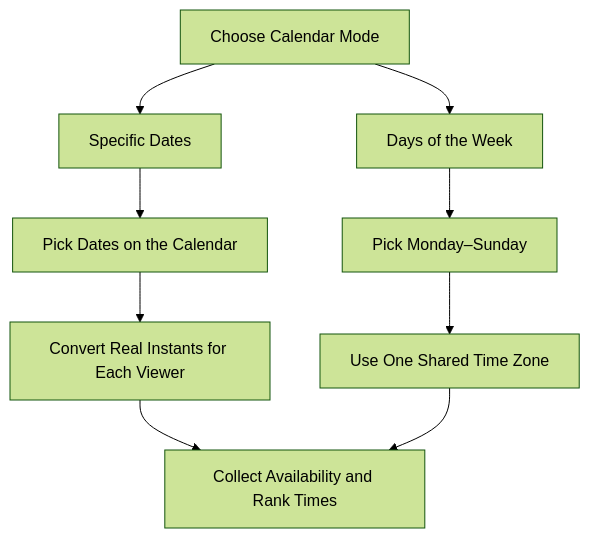
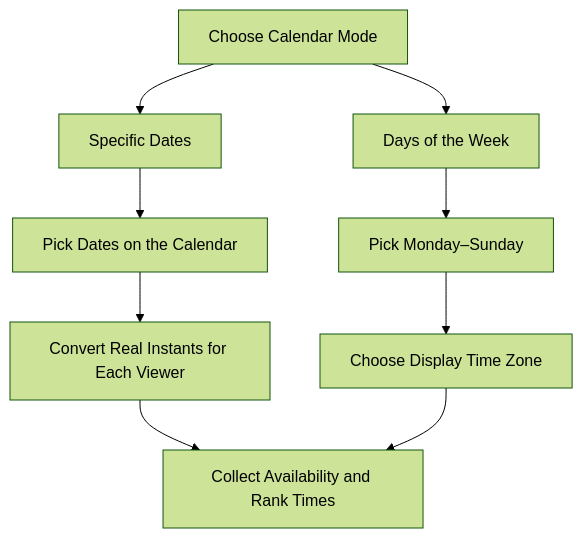
Before and after one commit to jimmy181211/whenkin: the fifth of 5 diagrams in docs/flowchart.md, drawn with Mermaid (forest theme). The commit also changed other lines of this file and 13 other files, not shown here.

First line of the commit message:
Require a name before editing and restore weekly time-zone selection

````diff
--- a/docs/flowchart.md
+++ b/docs/flowchart.md
@@ -88,11 +88,11 @@
 ```mermaid
 flowchart TD
   M["Choose Calendar Mode"] --> D["Specific Dates"]
   M --> W["Days of the Week"]
   D --> C["Pick Dates on the Calendar"]
   W --> P["Pick Monday–Sunday"]
   C --> T["Convert Real Instants for Each Viewer"]
-  P --> Z["Use One Shared Time Zone"]
+  P --> Z["Choose Display Time Zone"]
   T --> A["Collect Availability and Rank Times"]
   Z --> A
 ```
````
